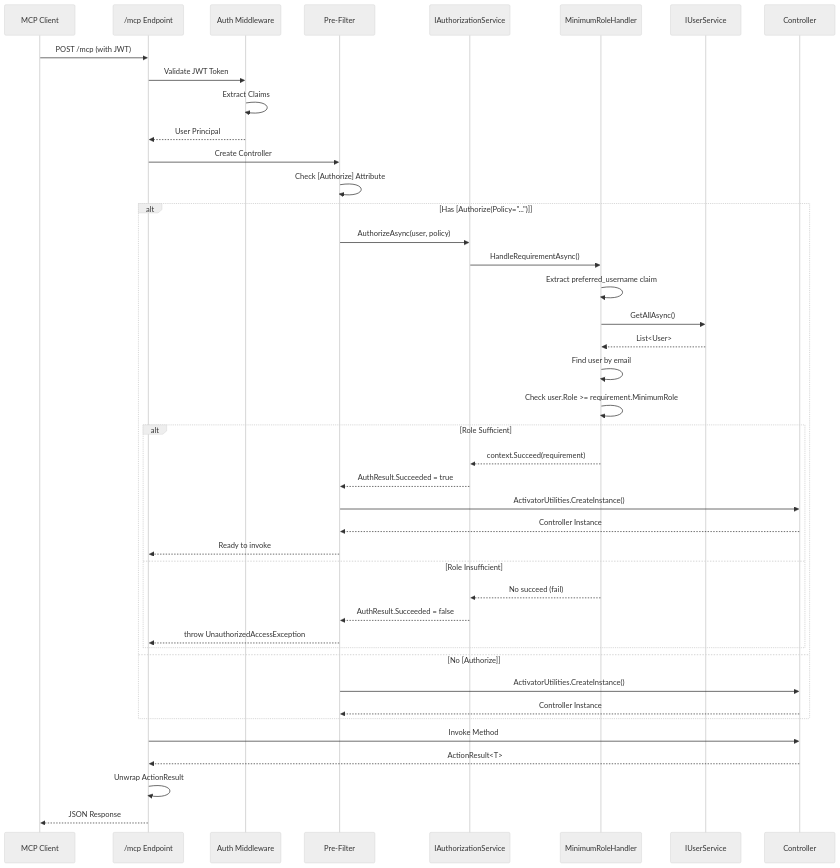
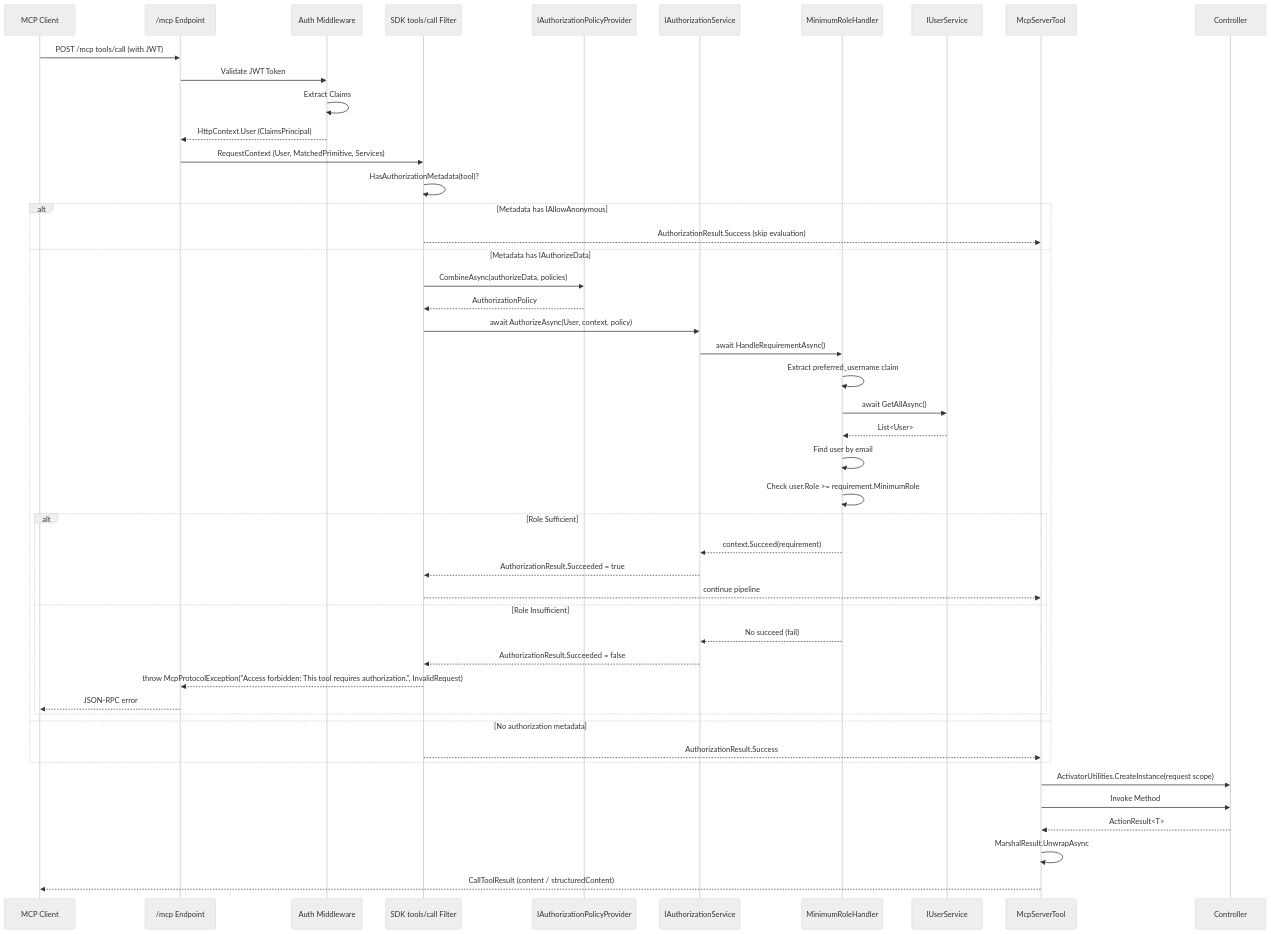
The second of 4 diagrams in docs/MCP-AUTHORIZATION-COMPLETE-GUIDE.md (LadislavSopko/net-api-with-mcp), drawn with Mermaid (neutral theme) before and after one commit. The commit also changed other lines of this file and 4 other files, not shown here.

First line of the commit message:
docs: update guides for Zero.Mcp.Extensions 3.0.0 / MCP SDK 2.2.0

````diff
--- a/docs/MCP-AUTHORIZATION-COMPLETE-GUIDE.md
+++ b/docs/MCP-AUTHORIZATION-COMPLETE-GUIDE.md
@@ -117,49 +160,54 @@
 ```mermaid
 sequenceDiagram
     participant Client as MCP Client
     participant EP as /mcp Endpoint
     participant Auth as Auth Middleware
-    participant PreFilter as Pre-Filter
+    participant Filter as SDK tools/call Filter
+    participant PolicyProv as IAuthorizationPolicyProvider
     participant AuthSvc as IAuthorizationService
     participant Handler as MinimumRoleHandler
     participant UserSvc as IUserService
+    participant Tool as McpServerTool
     participant Ctrl as Controller
 
-    Client->>EP: POST /mcp (with JWT)
+    Client->>EP: POST /mcp tools/call (with JWT)
     EP->>Auth: Validate JWT Token
     Auth->>Auth: Extract Claims
-    Auth-->>EP: User Principal
+    Auth-->>EP: HttpContext.User (ClaimsPrincipal)
 
-    EP->>PreFilter: Create Controller
-    PreFilter->>PreFilter: Check [Authorize] Attribute
+    EP->>Filter: RequestContext (User, MatchedPrimitive, Services)
+    Filter->>Filter: HasAuthorizationMetadata(tool)?
 
-    alt Has [Authorize(Policy="...")]
-        PreFilter->>AuthSvc: AuthorizeAsync(user, policy)
-        AuthSvc->>Handler: HandleRequirementAsync()
+    alt Metadata has IAllowAnonymous
+        Filter-->>Tool: AuthorizationResult.Success (skip evaluation)
+    else Metadata has IAuthorizeData
+        Filter->>PolicyProv: CombineAsync(authorizeData, policies)
+        PolicyProv-->>Filter: AuthorizationPolicy
+        Filter->>AuthSvc: await AuthorizeAsync(User, context, policy)
+        AuthSvc->>Handler: await HandleRequirementAsync()
         Handler->>Handler: Extract preferred_username claim
-        Handler->>UserSvc: GetAllAsync()
+        Handler->>UserSvc: await GetAllAsync()
         UserSvc-->>Handler: List<User>
         Handler->>Handler: Find user by email
         Handler->>Handler: Check user.Role >= requirement.MinimumRole
 
         alt Role Sufficient
             Handler-->>AuthSvc: context.Succeed(requirement)
-            AuthSvc-->>PreFilter: AuthResult.Succeeded = true
-            PreFilter->>Ctrl: ActivatorUtilities.CreateInstance()
-            Ctrl-->>PreFilter: Controller Instance
-            PreFilter-->>EP: Ready to invoke
+            AuthSvc-->>Filter: AuthorizationResult.Succeeded = true
+            Filter-->>Tool: continue pipeline
         else Role Insufficient
             Handler-->>AuthSvc: No succeed (fail)
-            AuthSvc-->>PreFilter: AuthResult.Succeeded = false
-            PreFilter-->>EP: throw UnauthorizedAccessException
+            AuthSvc-->>Filter: AuthorizationResult.Succeeded = false
+            Filter-->>EP: throw McpProtocolException("Access forbidden: This tool requires authorization.", InvalidRequest)
+            EP-->>Client: JSON-RPC error
         end
-    else No [Authorize]
-        PreFilter->>Ctrl: ActivatorUtilities.CreateInstance()
-        Ctrl-->>PreFilter: Controller Instance
+    else No authorization metadata
+        Filter-->>Tool: AuthorizationResult.Success
     end
 
-    EP->>Ctrl: Invoke Method
-    Ctrl-->>EP: ActionResult<T>
-    EP->>EP: Unwrap ActionResult
-    EP-->>Client: JSON Response
+    Tool->>Ctrl: ActivatorUtilities.CreateInstance(request scope)
+    Tool->>Ctrl: Invoke Method
+    Ctrl-->>Tool: ActionResult<T>
+    Tool->>Tool: MarshalResult.UnwrapAsync
+    Tool-->>Client: CallToolResult (content / structuredContent)
 ```
````
